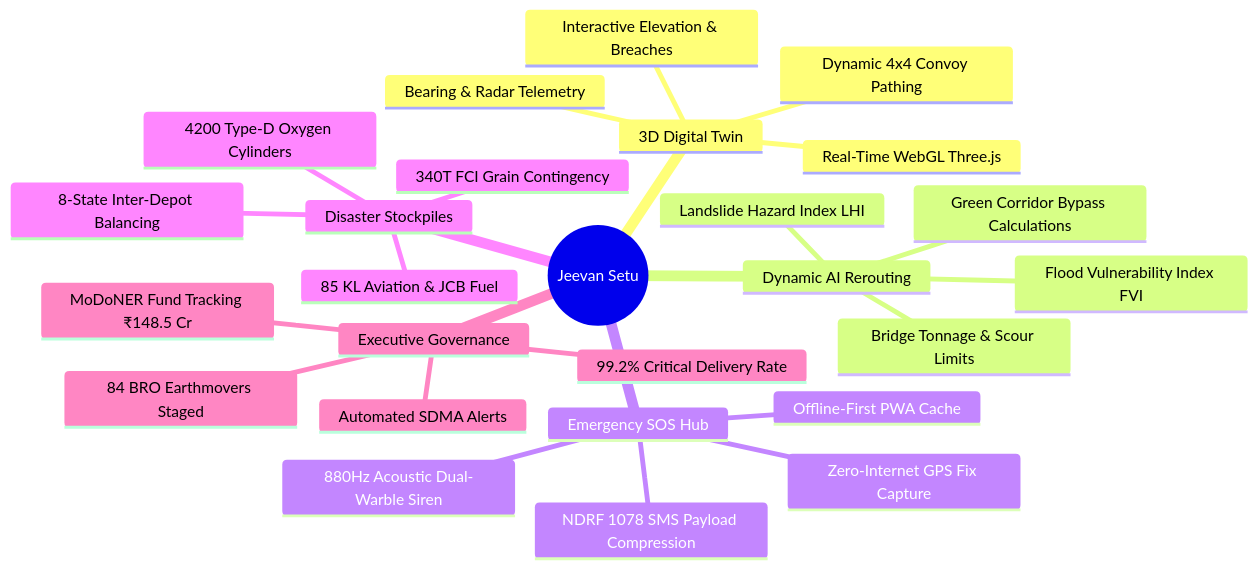
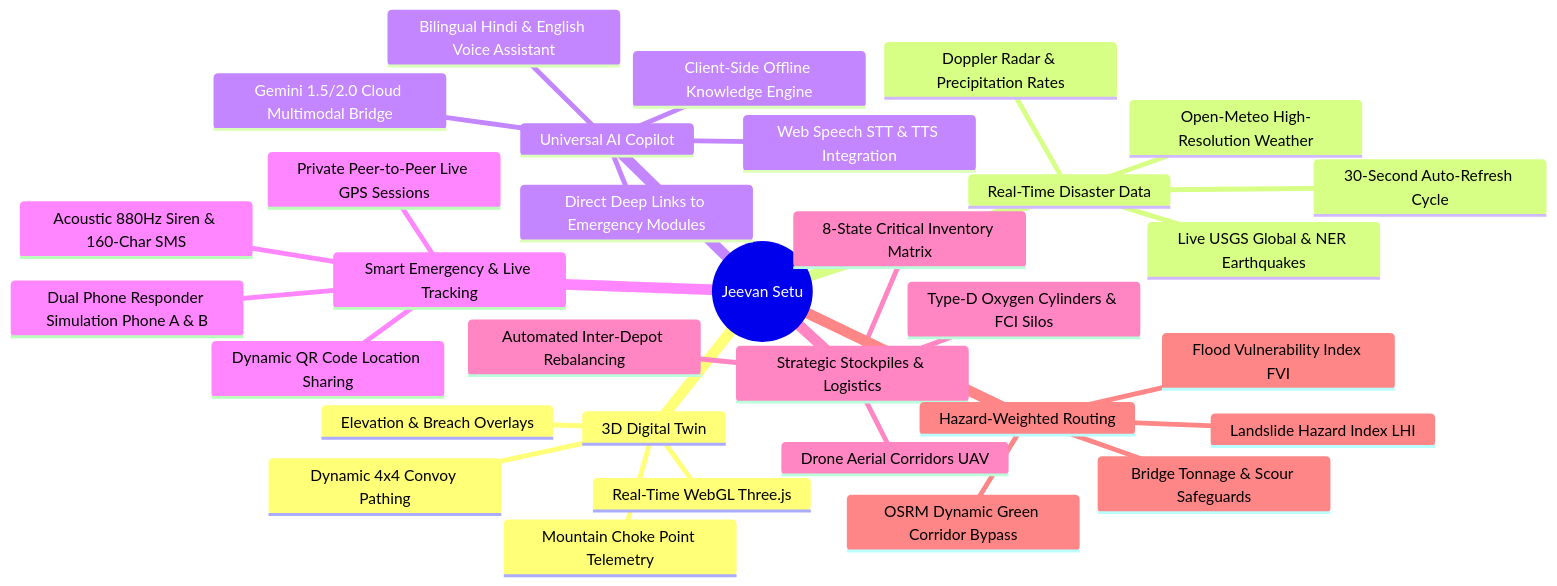
Before and after one commit to pragyakatiyar73-cyber/Jeevan-setu: the first of 2 diagrams in README.md, drawn with Mermaid. The commit also changed other lines of this file and 3 other files, not shown here.

Commit message:
docs: update README with accurate real-time architecture, AI knowledge engine, smart tracking, and deployment guide

````diff
--- a/README.md
+++ b/README.md
@@ -51,29 +55,35 @@
 ```mermaid
 mindmap
   root((Jeevan Setu))
     3D Digital Twin
       Real-Time WebGL Three.js
-      Interactive Elevation & Breaches
+      Mountain Choke Point Telemetry
+      Elevation & Breach Overlays
       Dynamic 4x4 Convoy Pathing
-      Bearing & Radar Telemetry
-    Dynamic AI Rerouting
+    Real-Time Disaster Data
+      Live USGS Global & NER Earthquakes
+      Open-Meteo High-Resolution Weather
+      Doppler Radar & Precipitation Rates
+      30-Second Auto-Refresh Cycle
+    Universal AI Copilot
+      Client-Side Offline Knowledge Engine
+      Bilingual Hindi & English Voice Assistant
+      Web Speech STT & TTS Integration
+      Direct Deep Links to Emergency Modules
+      Gemini 1.5/2.0 Cloud Multimodal Bridge
+    Smart Emergency & Live Tracking
+      Private Peer-to-Peer Live GPS Sessions
+      Dynamic QR Code Location Sharing
+      Dual Phone Responder Simulation Phone A & B
+      Acoustic 880Hz Siren & 160-Char SMS
+    Strategic Stockpiles & Logistics
+      8-State Critical Inventory Matrix
+      Type-D Oxygen Cylinders & FCI Silos
+      Automated Inter-Depot Rebalancing
+      Drone Aerial Corridors UAV
+    Hazard-Weighted Routing
       Landslide Hazard Index LHI
       Flood Vulnerability Index FVI
-      Green Corridor Bypass Calculations
-      Bridge Tonnage & Scour Limits
-    Emergency SOS Hub
-      Offline-First PWA Cache
-      NDRF 1078 SMS Payload Compression
-      880Hz Acoustic Dual-Warble Siren
-      Zero-Internet GPS Fix Capture
-    Disaster Stockpiles
-      4200 Type-D Oxygen Cylinders
-      340T FCI Grain Contingency
-      85 KL Aviation & JCB Fuel
-      8-State Inter-Depot Balancing
-    Executive Governance
-      MoDoNER Fund Tracking ₹148.5 Cr
-      84 BRO Earthmovers Staged
-      99.2% Critical Delivery Rate
-      Automated SDMA Alerts
+      Bridge Tonnage & Scour Safeguards
+      OSRM Dynamic Green Corridor Bypass
 ```
````
